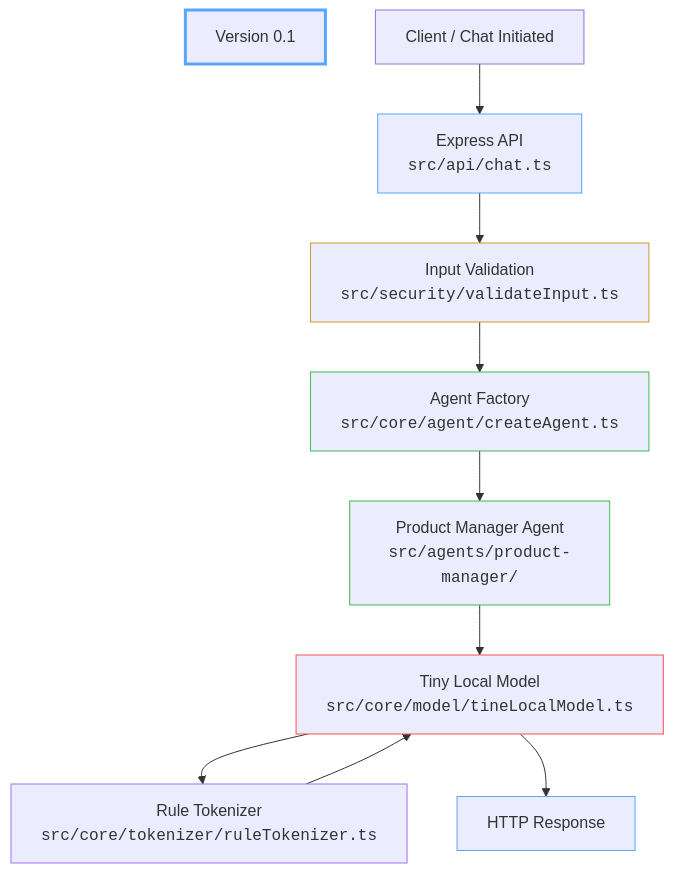
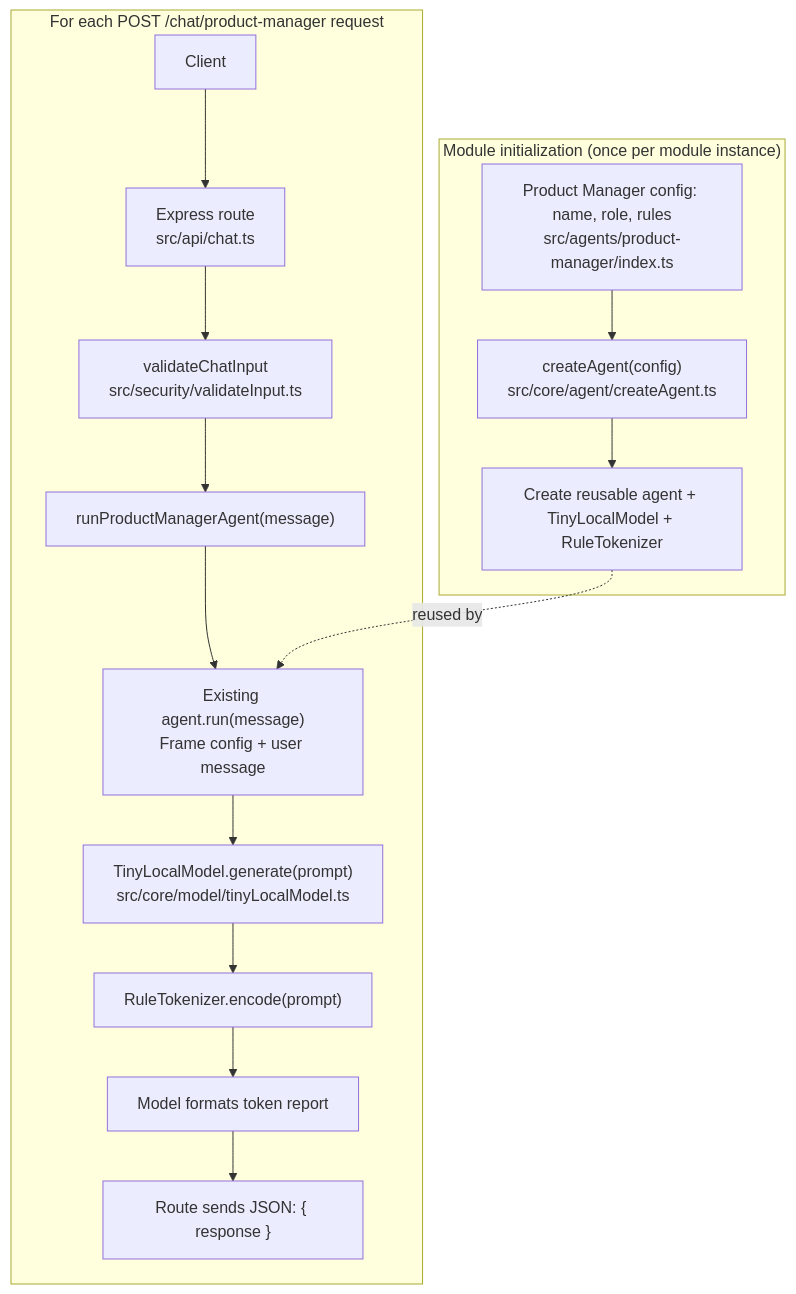
One commit to Felicia-Ainslie/fai-agent-platform changed the diagram in README.md. Above: the diagram before and after it, drawn with Mermaid. The commit also changed other lines of this file and 2 other files, not shown here.

Commit message:
docs: clarify agent flow and compare tokenizer demos

````diff
--- a/README.md
+++ b/README.md
@@ -205,32 +146,20 @@
 ```mermaid
 flowchart TD
+  subgraph Initialization["Module initialization (once per module instance)"]
+    Config["Product Manager config: name, role, rules<br/>src/agents/product-manager/index.ts"] --> Factory["createAgent(config)<br/>src/core/agent/createAgent.ts"]
+    Factory --> Instances["Create reusable agent + TinyLocalModel + RuleTokenizer"]
+  end
 
-Version["Version 0.1"]
+  subgraph Requests["For each POST /chat/product-manager request"]
+    Client["Client"] --> API["Express route<br/>src/api/chat.ts"]
+    API --> Validation["validateChatInput<br/>src/security/validateInput.ts"]
+    Validation --> PM["runProductManagerAgent(message)"]
+    PM --> Run["Existing agent.run(message)<br/>Frame config + user message"]
+    Run --> Model["TinyLocalModel.generate(prompt)<br/>src/core/model/tinyLocalModel.ts"]
+    Model --> Tokenizer["RuleTokenizer.encode(prompt)"]
+    Tokenizer --> Format["Model formats token report"]
+    Format --> Response["Route sends JSON: { response }"]
+  end
 
-  Client["Client / Chat Initiated"] --> API["Express API
-<code>src/api/chat.ts"]
-
-  API --> Validation["Input Validation
-<code>src/security/validateInput.ts</code>"]
-  Validation --> Agent["Agent Factory
-<code>src/core/agent/createAgent.ts</code>"]
-  Agent --> PM["Product Manager Agent
-<code>src/agents/product-manager/</code>"]
-  PM --> Model["Tiny Local Model
-<code>src/core/model/tineLocalModel.ts</code>"]
-  Model --> Tokenizer["Rule Tokenizer
-<code>src/core/tokenizer/ruleTokenizer.ts</code>"]
-  Tokenizer --> Model
-  Model --> Response["HTTP Response"]
-
-style Version stroke:#58a6ff, stroke-width:3px
-style API stroke:#58a6ff
-style Validation stroke:#d29922
-style Agent stroke:#3fb950
-style PM stroke:#3fb950
-style Model stroke:#f85149
-style Tokenizer stroke:#a371f7
-style Response stroke:#58a6ff
-
-
+  Instances -. reused by .-> Run
 ```
````
